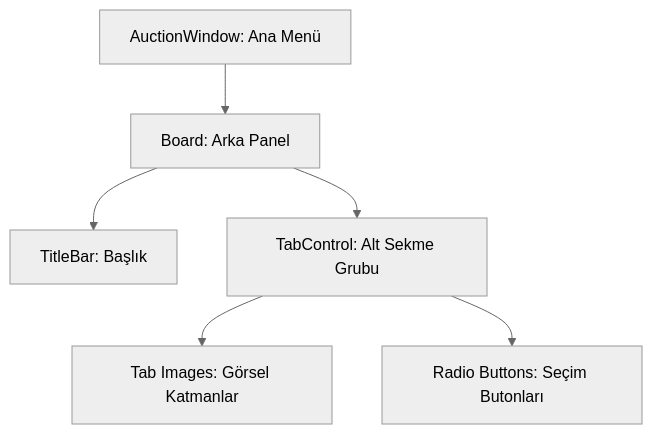
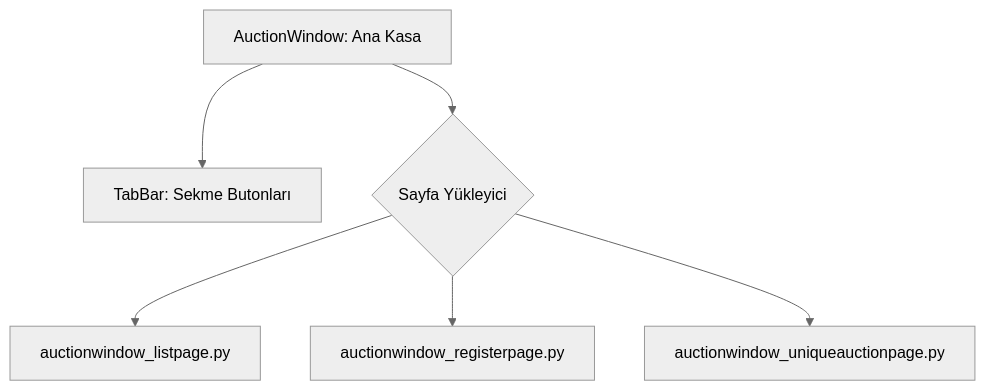
Before and after one commit to Engin622/Metin2-Pack-Agent-Skills: the diagram in uiscript/auctionwindow/skills.md, drawn with Mermaid (neutral theme). The commit also changed other lines of this file and 12 other files, not shown here.

````diff
--- a/uiscript/auctionwindow/skills.md
+++ b/uiscript/auctionwindow/skills.md
@@ -30,8 +31,8 @@
 ```mermaid
 graph TD
-    A[AuctionWindow: Ana Menü] --> B[Board: Arka Panel]
-    B --> C[TitleBar: Başlık]
-    B --> D[TabControl: Alt Sekme Grubu]
-    D --> E[Tab Images: Görsel Katmanlar]
-    D --> F[Radio Buttons: Seçim Butonları]
+    A[AuctionWindow: Ana Kasa] --> B[TabBar: Sekme Butonları]
+    A --> C{Sayfa Yükleyici}
+    C --> D[auctionwindow_listpage.py]
+    C --> E[auctionwindow_registerpage.py]
+    C --> F[auctionwindow_uniqueauctionpage.py]
 ```
````
